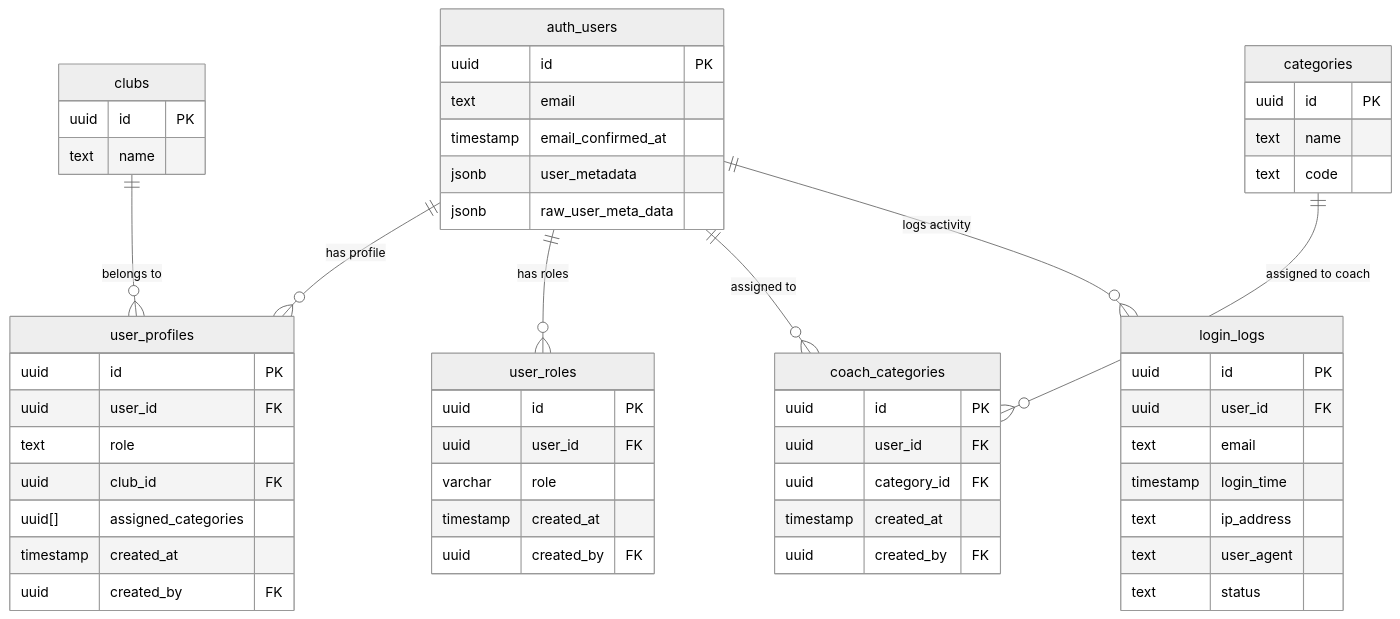
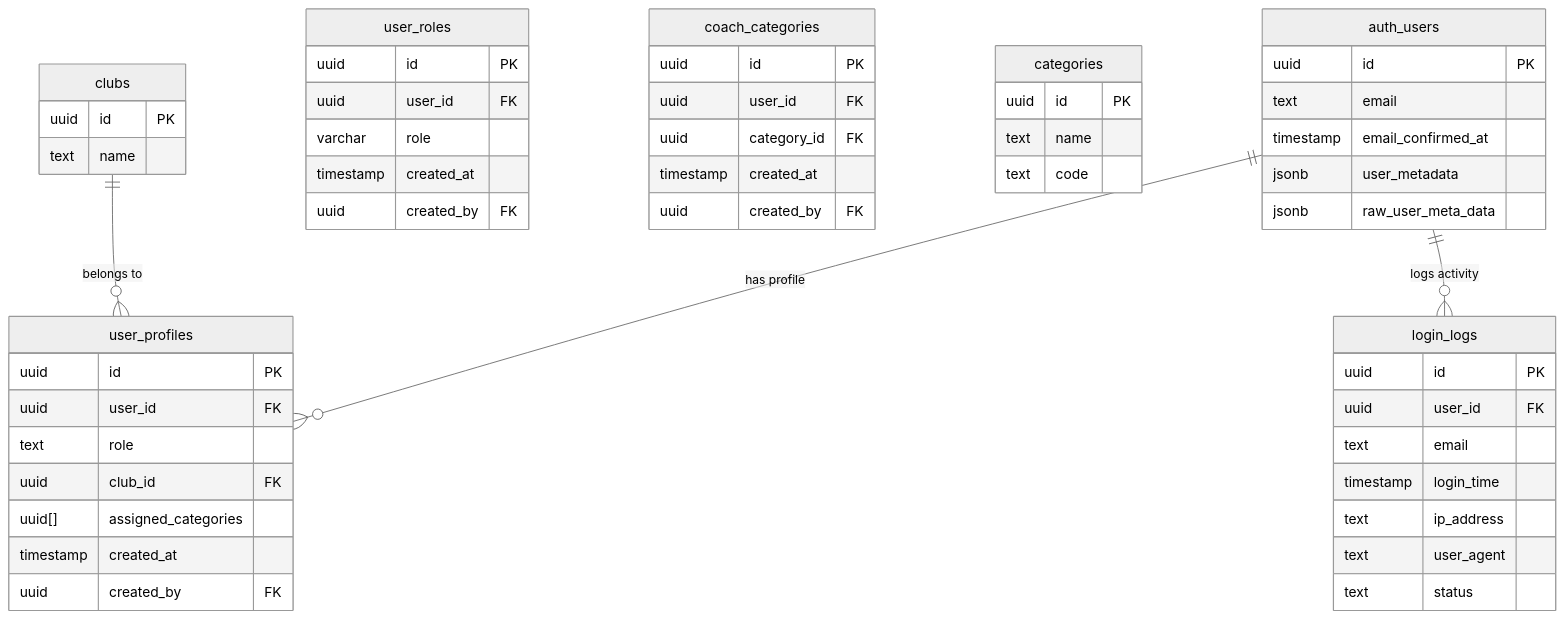
Before and after one commit to benesvoj/hazenasvinov-nextjs: the diagram in docs/DATABASE_TABLES_OVERVIEW.md, drawn with Mermaid (neutral theme). The commit also changed other lines of this file and 8 other files, not shown here.

Commit message:
removing legacy table from system for roles and coach categories

````diff
--- a/docs/DATABASE_TABLES_OVERVIEW.md
+++ b/docs/DATABASE_TABLES_OVERVIEW.md
@@ -252,64 +206,61 @@
 ```mermaid
 erDiagram
     auth_users {
         uuid id PK
         text email
         timestamp email_confirmed_at
         jsonb user_metadata
         jsonb raw_user_meta_data
     }
     
     user_profiles {
         uuid id PK
         uuid user_id FK
         text role
         uuid club_id FK
         uuid[] assigned_categories
         timestamp created_at
         uuid created_by FK
     }
     
     user_roles {
         uuid id PK
         uuid user_id FK
         varchar role
         timestamp created_at
         uuid created_by FK
     }
     
     coach_categories {
         uuid id PK
         uuid user_id FK
         uuid category_id FK
         timestamp created_at
         uuid created_by FK
     }
     
     login_logs {
         uuid id PK
         uuid user_id FK
         text email
         timestamp login_time
         text ip_address
         text user_agent
         text status
     }
     
     categories {
         uuid id PK
         text name
         text code
     }
     
     clubs {
         uuid id PK
         text name
     }
     
     auth_users ||--o{ user_profiles : "has profile"
-    auth_users ||--o{ user_roles : "has roles"
-    auth_users ||--o{ coach_categories : "assigned to"
     auth_users ||--o{ login_logs : "logs activity"
-    categories ||--o{ coach_categories : "assigned to coach"
     clubs ||--o{ user_profiles : "belongs to"
 ```
````
